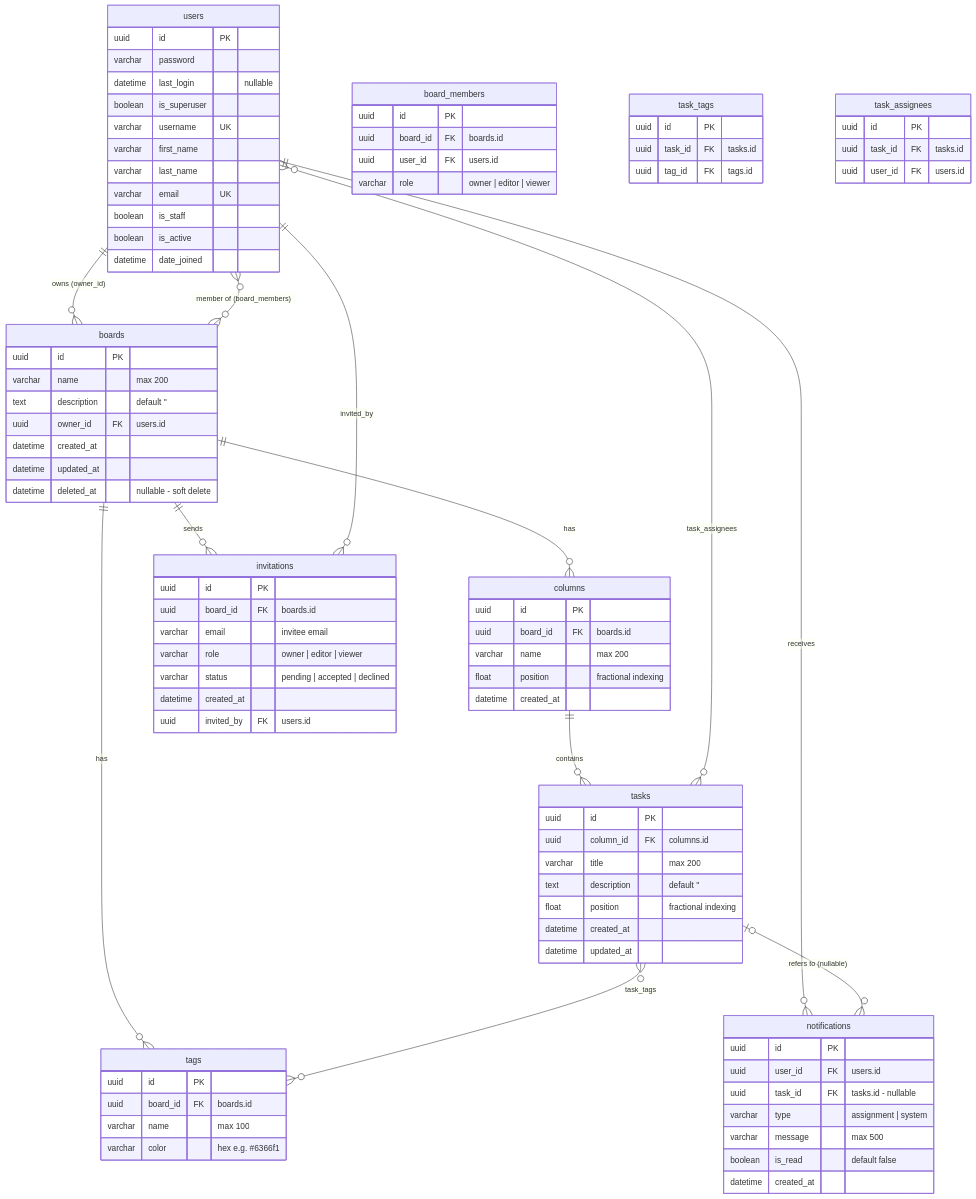
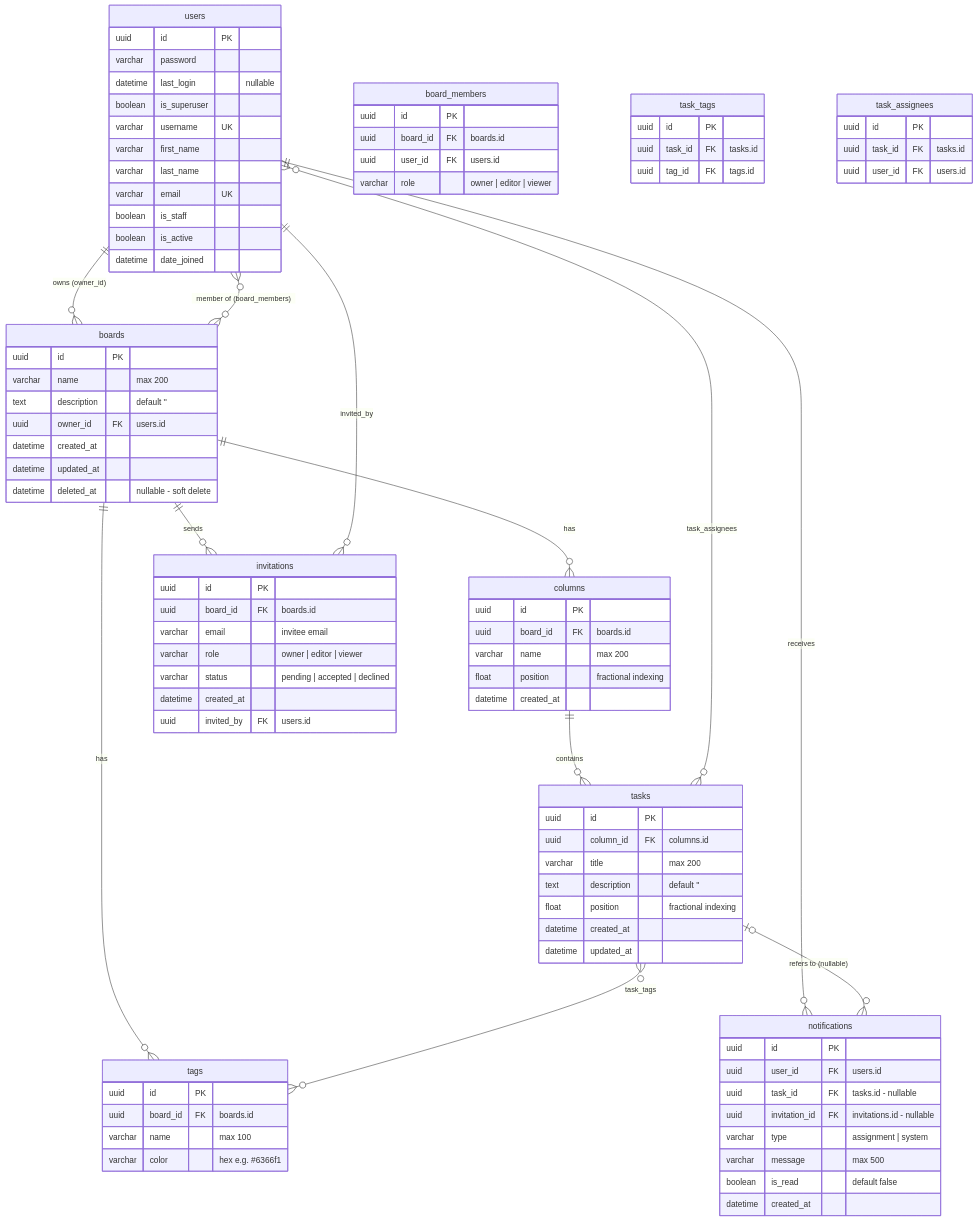
One commit to NCWJJ-BOX/Kanban-Board changed the diagram in docs/er-diagram.md. Above: the diagram before and after it, drawn with Mermaid. The commit also changed other lines of this file and 2 other files, not shown here.

Commit message:
docs: update all docs with reject endpoint, invitation flow, and nginx
- api-design.md: add reject endpoint, re-invite behavior, notification fields
- er-diagram.md: add invitation_id FK to notifications table
- performance-and-architecture.md: add nginx, uvicorn[standard]

```diff
--- a/docs/er-diagram.md
+++ b/docs/er-diagram.md
@@ -101,6 +101,7 @@
         uuid id PK
         uuid user_id FK "users.id"
         uuid task_id FK "tasks.id - nullable"
+        uuid invitation_id FK "invitations.id - nullable"
         varchar type "assignment | system"
         varchar message "max 500"
         boolean is_read "default false"
```
